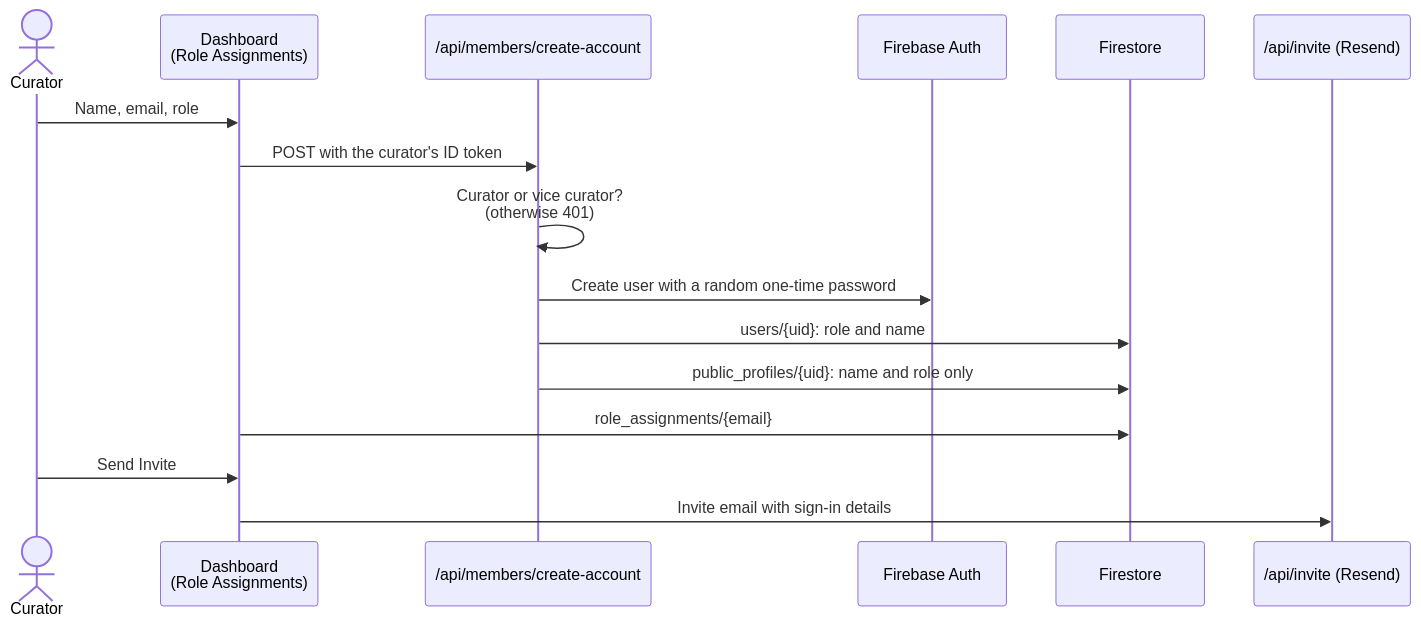
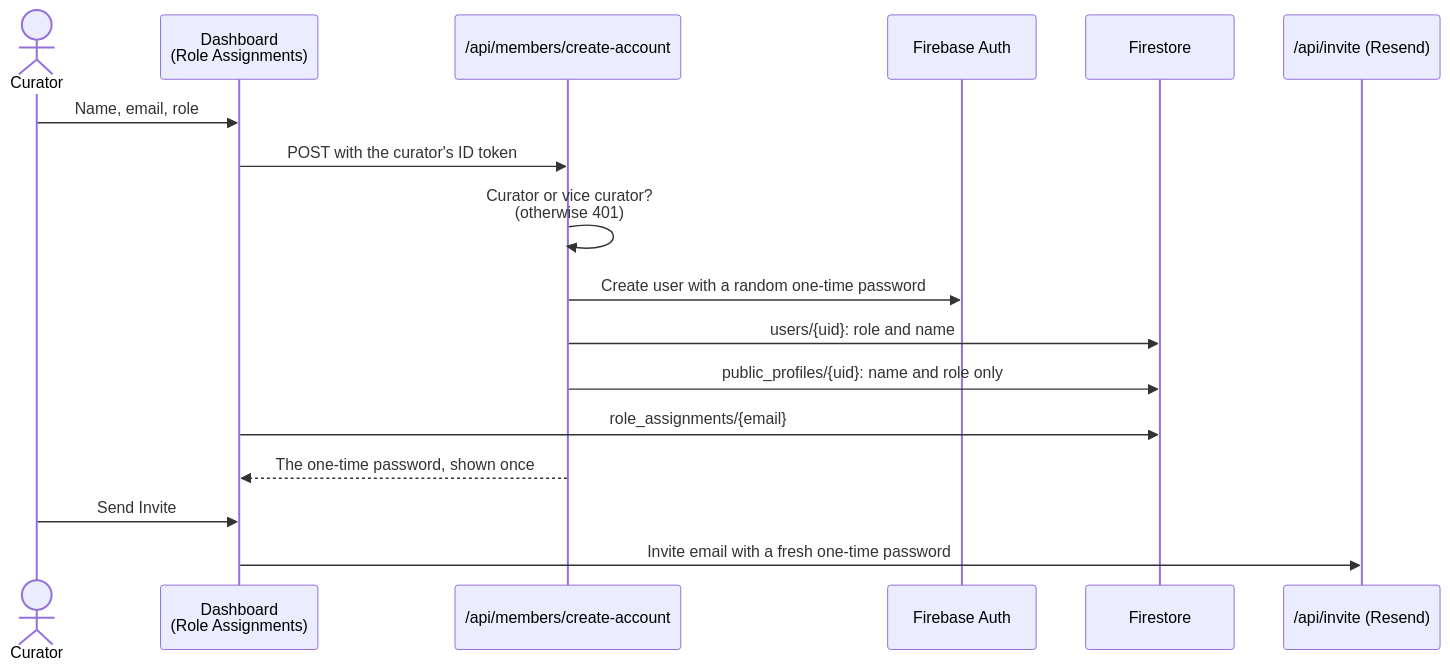
One commit to The-Dark-Ranger/Jeddah-Hub changed the second of 9 diagrams in docs/HOW-IT-WORKS.md. Above: the diagram before and after it, drawn with Mermaid. The commit also changed other lines of this file and 73 other files, not shown here.

````diff
--- a/docs/HOW-IT-WORKS.md
+++ b/docs/HOW-IT-WORKS.md
@@ -53,19 +53,20 @@
 ```mermaid
 sequenceDiagram
     actor C as Curator
     participant D as Dashboard<br/>(Role Assignments)
     participant A as /api/members/create-account
     participant Auth as Firebase Auth
     participant DB as Firestore
     participant M as /api/invite (Resend)
 
     C->>D: Name, email, role
     D->>A: POST with the curator's ID token
     A->>A: Curator or vice curator?<br/>(otherwise 401)
     A->>Auth: Create user with a random one-time password
     A->>DB: users/{uid}: role and name
     A->>DB: public_profiles/{uid}: name and role only
     D->>DB: role_assignments/{email}
+    A-->>D: The one-time password, shown once
     C->>D: Send Invite
-    D->>M: Invite email with sign-in details
+    D->>M: Invite email with a fresh one-time password
 ```
````
